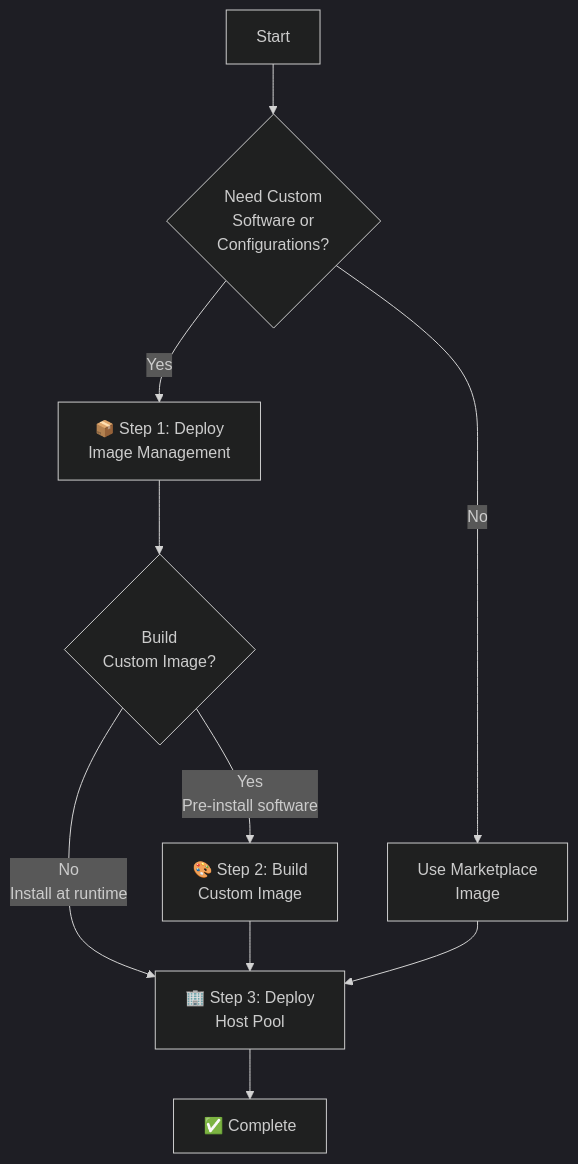
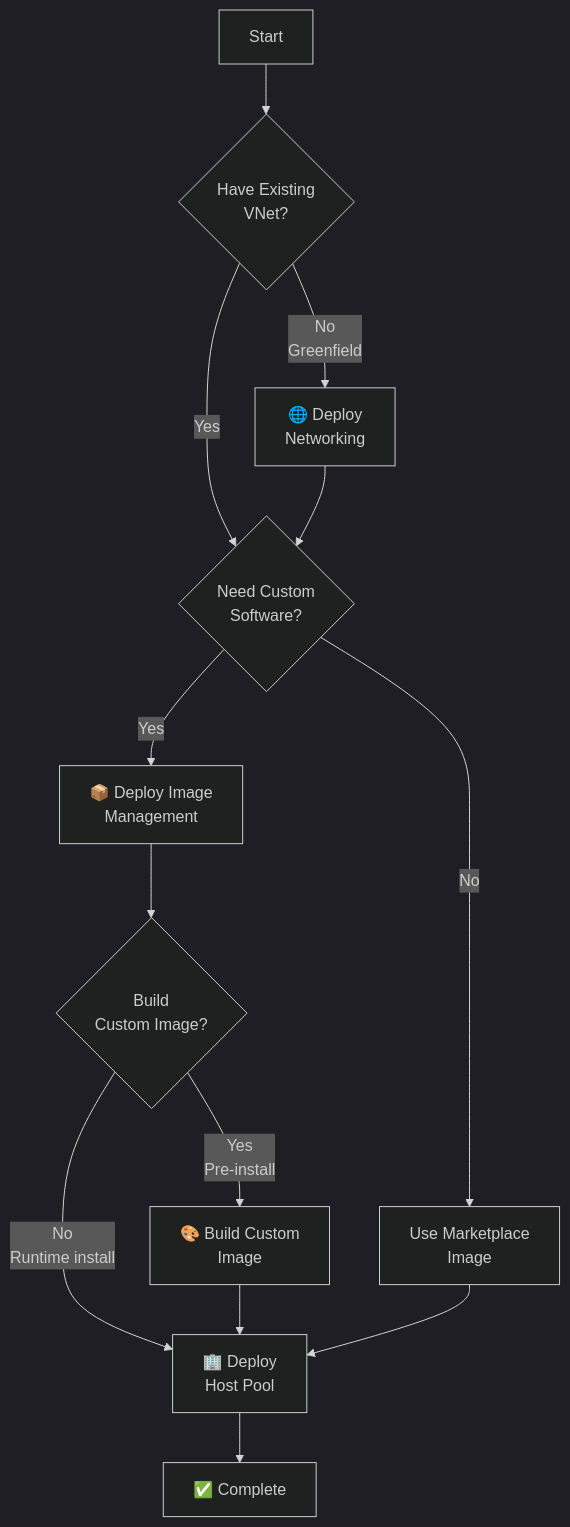
Before and after one commit to Azure/FederalAVD: the diagram in README.md, drawn with Mermaid (dark theme). The commit also changed other lines of this file and 1 other file, not shown here.

Commit message:
added the networking prereq option

````diff
--- a/README.md
+++ b/README.md
@@ -36,12 +37,15 @@
 ```mermaid
 graph TD
-    A[Start] --> B{Need Custom<br/>Software or<br/>Configurations?}
-    B -->|Yes| C[📦 Step 1: Deploy<br/>Image Management]
-    B -->|No| D[Use Marketplace<br/>Image]
-    C --> E{Build<br/>Custom Image?}
-    E -->|Yes<br/>Pre-install software| F[🎨 Step 2: Build<br/>Custom Image]
-    E -->|No<br/>Install at runtime| H[🏢 Step 3: Deploy<br/>Host Pool]
-    F --> H
-    D --> H
-    H --> I[✅ Complete]
+    A[Start] --> B{Have Existing<br/>VNet?}
+    B -->|No<br/>Greenfield| C[🌐 Deploy<br/>Networking]
+    B -->|Yes| D{Need Custom<br/>Software?}
+    C --> D
+    D -->|Yes| E[📦 Deploy Image<br/>Management]
+    D -->|No| F[Use Marketplace<br/>Image]
+    E --> G{Build<br/>Custom Image?}
+    G -->|Yes<br/>Pre-install| H[🎨 Build Custom<br/>Image]
+    G -->|No<br/>Runtime install| I[🏢 Deploy<br/>Host Pool]
+    H --> I
+    F --> I
+    I --> J[✅ Complete]
 ```
````
